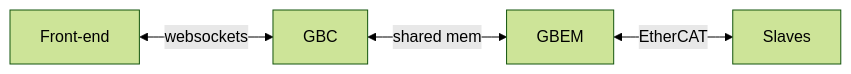
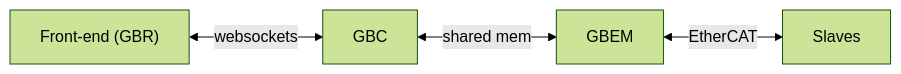
Before and after one commit to glowbuzzer/glowsite: the diagram in src/pages/docs/gbem/overview.mdx, drawn with Mermaid (forest theme). The commit also changed other lines of this file and 94 other files, not shown here.

````diff
--- a/src/pages/docs/gbem/overview.mdx
+++ b/src/pages/docs/gbem/overview.mdx
@@ -57,6 +57,6 @@
 ```mermaid
 graph LR
-    id1["Front-end"]<-->|websockets|id2[GBC];
+    id1["Front-end (GBR)"]<-->|websockets|id2[GBC];
     id2 <--> |shared mem| id3[GBEM];
     id3<-->|EtherCAT|id4[Slaves];
 ```
````
